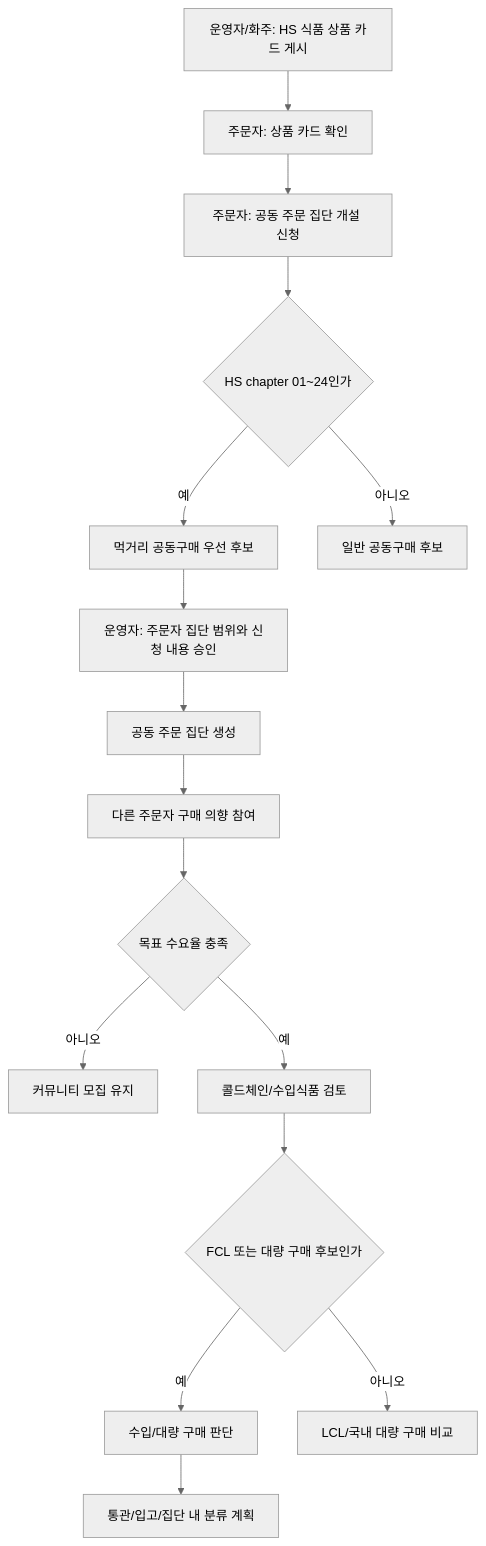
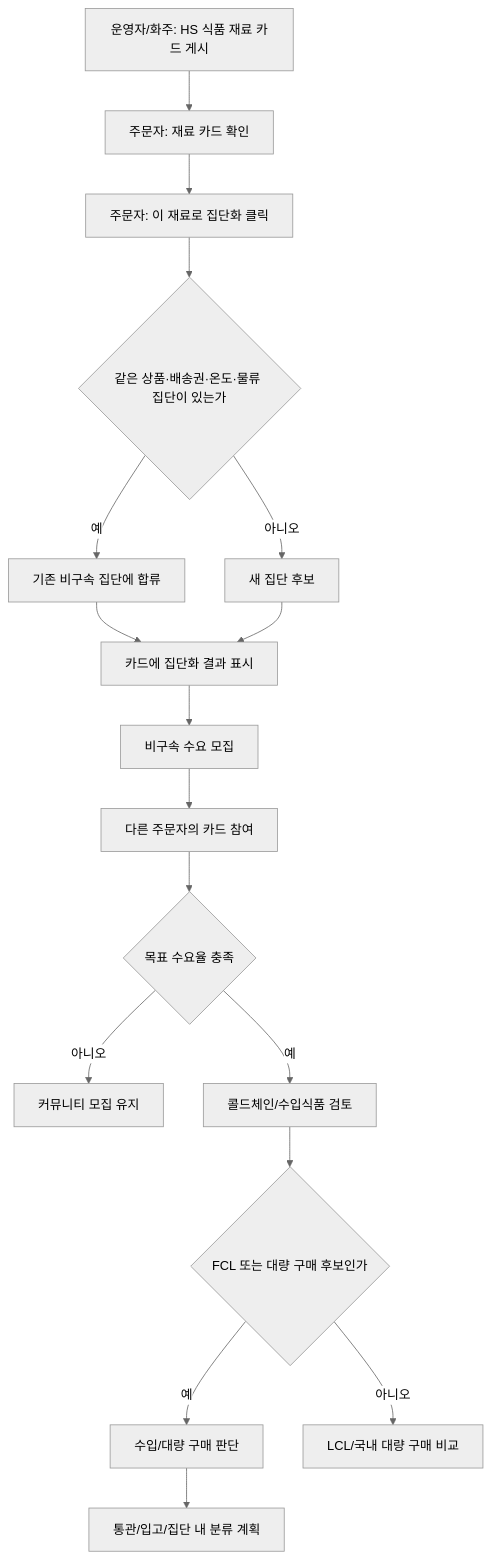
One commit to cheolwo/hongdal changed the diagram in docs/Architecture/FoodFocusedGroupPurchase.md. Above: the diagram before and after it, drawn with Mermaid (neutral theme). The commit also changed other lines of this file and 106 other files, not shown here.

````diff
--- a/docs/Architecture/FoodFocusedGroupPurchase.md
+++ b/docs/Architecture/FoodFocusedGroupPurchase.md
@@ -28,18 +28,19 @@
 ```mermaid
 flowchart TD
-    A["운영자/화주: HS 식품 상품 카드 게시"] --> B["주문자: 상품 카드 확인"]
-    B --> C["주문자: 공동 주문 집단 개설 신청"]
-    C --> D{"HS chapter 01~24인가"}
-    D -->|예| E["먹거리 공동구매 우선 후보"]
-    D -->|아니오| X["일반 공동구매 후보"]
-    E --> F["운영자: 주문자 집단 범위와 신청 내용 승인"]
-    F --> G["공동 주문 집단 생성"]
-    G --> H["다른 주문자 구매 의향 참여"]
+    A["운영자/화주: HS 식품 재료 카드 게시"] --> B["주문자: 재료 카드 확인"]
+    B --> C["주문자: 이 재료로 집단화 클릭"]
+    C --> D{"같은 상품·배송권·온도·물류 집단이 있는가"}
+    D -->|예| E["기존 비구속 집단에 합류"]
+    D -->|아니오| X["새 집단 후보"]
+    E --> F["카드에 집단화 결과 표시"]
+    X --> F
+    F --> G["비구속 수요 모집"]
+    G --> H["다른 주문자의 카드 참여"]
     H --> I{"목표 수요율 충족"}
     I -->|아니오| J["커뮤니티 모집 유지"]
     I -->|예| K["콜드체인/수입식품 검토"]
     K --> L{"FCL 또는 대량 구매 후보인가"}
     L -->|예| M["수입/대량 구매 판단"]
     L -->|아니오| N["LCL/국내 대량 구매 비교"]
     M --> O["통관/입고/집단 내 분류 계획"]
 ```
````
